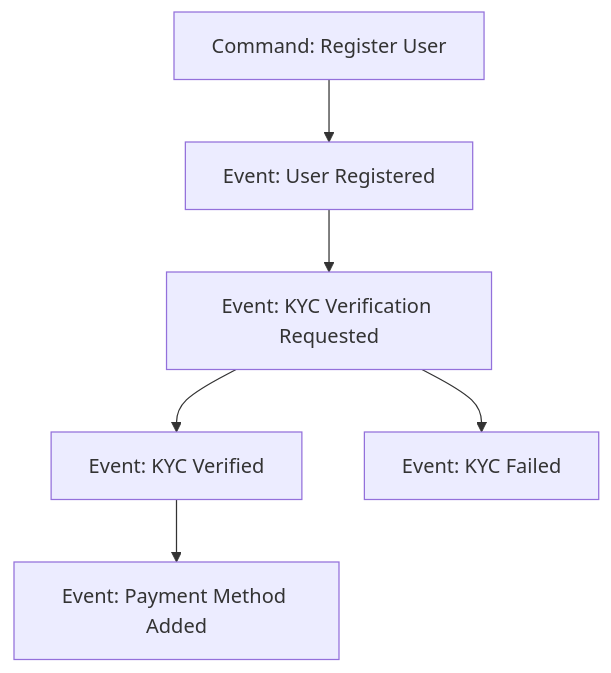
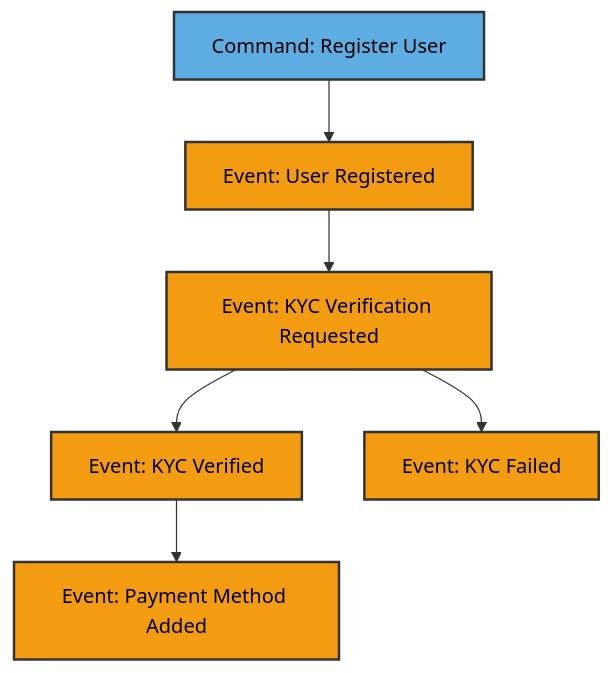
The second of 10 diagrams in EVENT_STORMING.md (SumoSumir/kata-na), drawn with Mermaid before and after one commit. The commit also changed other lines of this file and 4 other files, not shown here.

````diff
--- a/EVENT_STORMING.md
+++ b/EVENT_STORMING.md
@@ -31,8 +63,15 @@
 ```mermaid
 graph TD
     CMD1[Command: Register User] --> E1[Event: User Registered]
     E1 --> E2[Event: KYC Verification Requested]
     E2 --> E3A[Event: KYC Verified]
     E2 --> E3B[Event: KYC Failed]
     E3A --> E4[Event: Payment Method Added]
+    
+    style CMD1 fill:#5DADE2,stroke:#333,stroke-width:2px,color:#000
+    style E1 fill:#F39C12,stroke:#333,stroke-width:2px,color:#000
+    style E2 fill:#F39C12,stroke:#333,stroke-width:2px,color:#000
+    style E3A fill:#F39C12,stroke:#333,stroke-width:2px,color:#000
+    style E3B fill:#F39C12,stroke:#333,stroke-width:2px,color:#000
+    style E4 fill:#F39C12,stroke:#333,stroke-width:2px,color:#000
 ```
````
